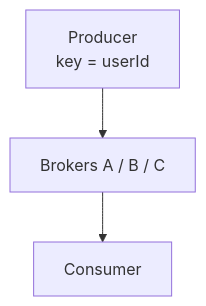
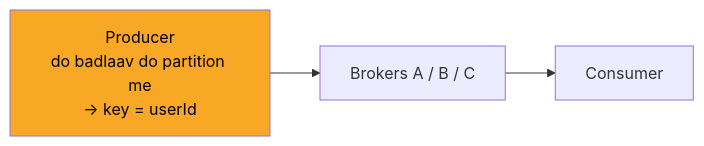
One commit to ArpanMaheshwari144/Prep changed the fourth of 12 diagrams in 04_HLD/SYSTEM_DESIGNS/12_message_queue_kafka/12_message_queue_kafka.md. Above: the diagram before and after it, drawn with Mermaid. The commit also changed other lines of this file and 2 other files, not shown here.

Commit message:
docs, kafka, banking: one-day story, short cards, follow-ups with rules, highlighted diagrams

````diff
--- a/04_HLD/SYSTEM_DESIGNS/12_message_queue_kafka/12_message_queue_kafka.md
+++ b/04_HLD/SYSTEM_DESIGNS/12_message_queue_kafka/12_message_queue_kafka.md
@@ -137,8 +143,9 @@
 ```mermaid
-flowchart TD
-    n_Producer["Producer<br/>key = userId"]
-    n_Brokers_A_B_C["Brokers A / B / C"]
-    n_Consumer["Consumer"]
-    n_Producer --> n_Brokers_A_B_C
-    n_Brokers_A_B_C --> n_Consumer
+flowchart LR
+    n_P["Producer<br/>do badlaav do partition me<br/>-> key = userId"]
+    n_B["Brokers A / B / C"]
+    n_C["Consumer"]
+    n_P --> n_B
+    n_B --> n_C
+    style n_P fill:#f9a825,color:#000
 ```
````
